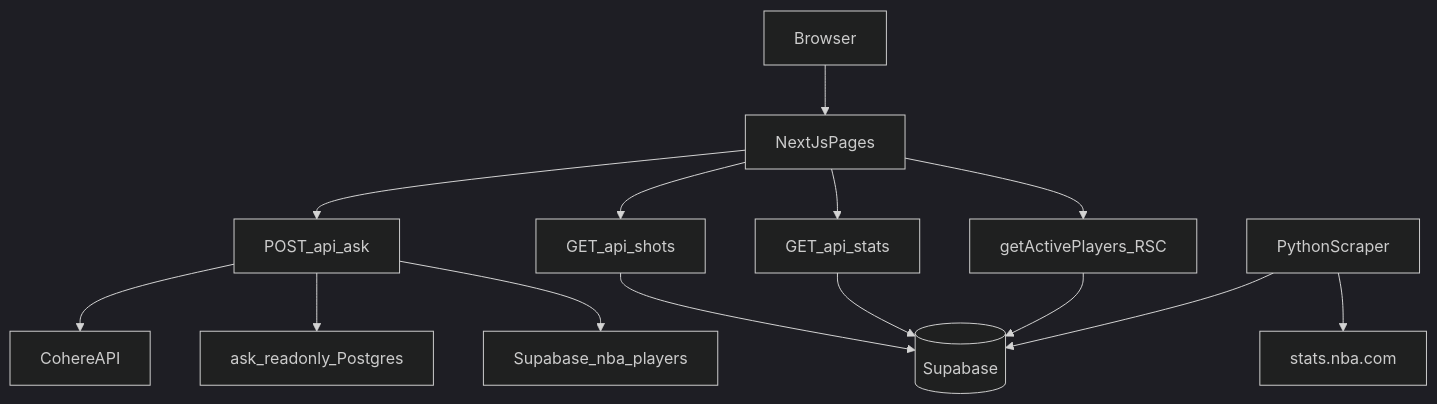
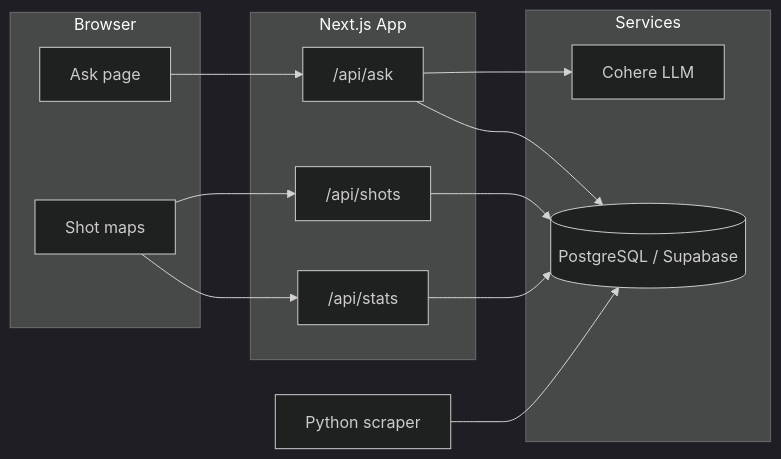
Before and after one commit to rjhxu/can-he-shoot: the diagram in README.md, drawn with Mermaid (dark theme). The commit also changed other lines of this file, not shown here.

````diff
--- a/README.md
+++ b/README.md
@@ -62,19 +57,26 @@
 ```mermaid
-flowchart TD
-  user[Browser] --> pages[NextJsPages]
-  pages --> askApi[POST_api_ask]
-  pages --> shotsApi[GET_api_shots]
-  pages --> statsApi[GET_api_stats]
-  pages --> rscPlayers[getActivePlayers_RSC]
+flowchart LR
+  subgraph client [Browser]
+    Ask[Ask page]
+    Stats[Shot maps]
+  end
 
-  askApi --> cohere[CohereAPI]
-  askApi --> pgReadonly[ask_readonly_Postgres]
-  askApi --> supabasePlayers[Supabase_nba_players]
+  subgraph next [Next.js App]
+    API["/api/ask"]
+    Shots["/api/shots"]
+    StatsAPI["/api/stats"]
+  end
 
-  shotsApi --> supabase[(Supabase)]
-  statsApi --> supabase
-  rscPlayers --> supabase
+  subgraph external [Services]
+    Cohere[Cohere LLM]
+    PG[(PostgreSQL / Supabase)]
+  end
 
-  scraper[PythonScraper] --> nbaCom[stats.nba.com]
-  scraper --> supabase
+  Scraper[Python scraper] --> PG
+  Ask --> API
+  Stats --> Shots & StatsAPI
+  API --> Cohere
+  API --> PG
+  Shots --> PG
+  StatsAPI --> PG
 ```
````
